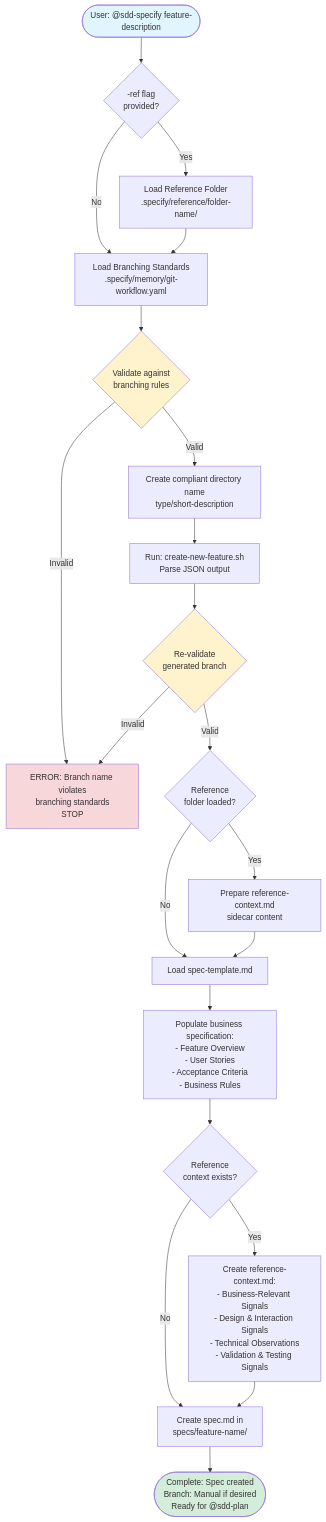
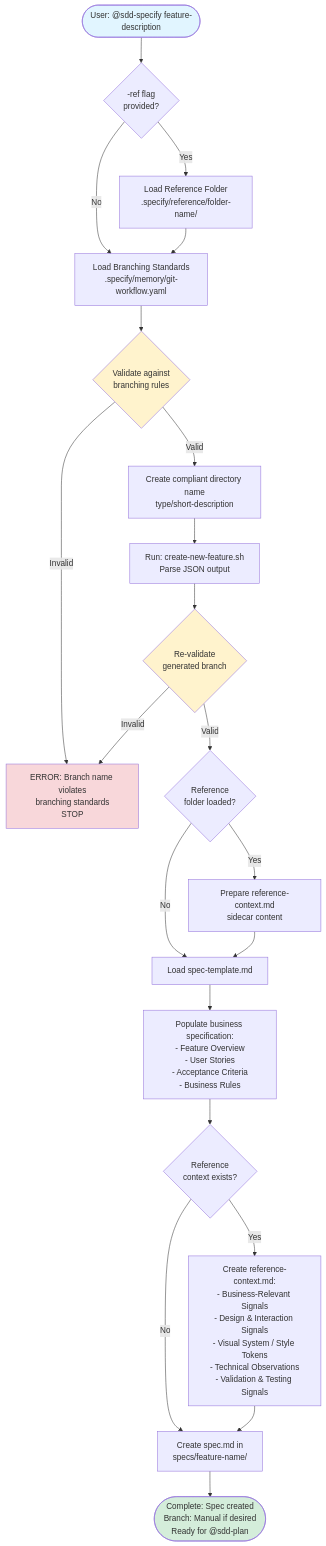
One commit to sdd-toolkit/ai-code-assistant changed the diagram in docs/flow-specify.md. Above: the diagram before and after it, drawn with Mermaid. The commit also changed other lines of this file and 15 other files, not shown here.

````diff
--- a/docs/flow-specify.md
+++ b/docs/flow-specify.md
@@ -3,43 +3,43 @@
 ```mermaid
 flowchart TD
     Start([User: @sdd-specify feature-description]) --> CheckRef{-ref flag<br/>provided?}
 
     CheckRef -->|No| LoadBranching[Load Branching Standards<br/>.specify/memory/git-workflow.yaml]
     CheckRef -->|Yes| LoadRef[Load Reference Folder<br/>.specify/reference/folder-name/]
 
     LoadRef --> LoadBranching
 
     LoadBranching --> ValidateBranch{Validate against<br/>branching rules}
 
     ValidateBranch -->|Invalid| ErrorBranch[ERROR: Branch name violates<br/>branching standards<br/>STOP]
     ValidateBranch -->|Valid| CreateDirName[Create compliant directory name<br/>type/short-description]
 
     CreateDirName --> RunScript[Run: create-new-feature.sh<br/>Parse JSON output]
 
     RunScript --> PostValidate{Re-validate<br/>generated branch}
 
     PostValidate -->|Invalid| ErrorBranch
     PostValidate -->|Valid| CheckRefLoad{Reference<br/>folder loaded?}
 
     CheckRefLoad -->|Yes| PrepareRefContext[Prepare reference-context.md<br/>sidecar content]
     CheckRefLoad -->|No| LoadTemplate[Load spec-template.md]
 
     PrepareRefContext --> LoadTemplate
 
     LoadTemplate --> PopulateSpec[Populate business specification:<br/>- Feature Overview<br/>- User Stories<br/>- Acceptance Criteria<br/>- Business Rules]
 
     PopulateSpec --> CheckRefContext{Reference<br/>context exists?}
 
-    CheckRefContext -->|Yes| CreateRefContext[Create reference-context.md:<br/>- Business-Relevant Signals<br/>- Design & Interaction Signals<br/>- Technical Observations<br/>- Validation & Testing Signals]
+    CheckRefContext -->|Yes| CreateRefContext[Create reference-context.md:<br/>- Business-Relevant Signals<br/>- Design & Interaction Signals<br/>- Visual System / Style Tokens<br/>- Technical Observations<br/>- Validation & Testing Signals]
     CheckRefContext -->|No| CreateSpec[Create spec.md in<br/>specs/feature-name/]
 
     CreateRefContext --> CreateSpec
 
     CreateSpec --> Done([Complete: Spec created<br/>Branch: Manual if desired<br/>Ready for @sdd-plan])
 
     style Start fill:#e1f5ff
     style Done fill:#d4edda
     style ErrorBranch fill:#f8d7da
     style ValidateBranch fill:#fff3cd
     style PostValidate fill:#fff3cd
 ```
````
